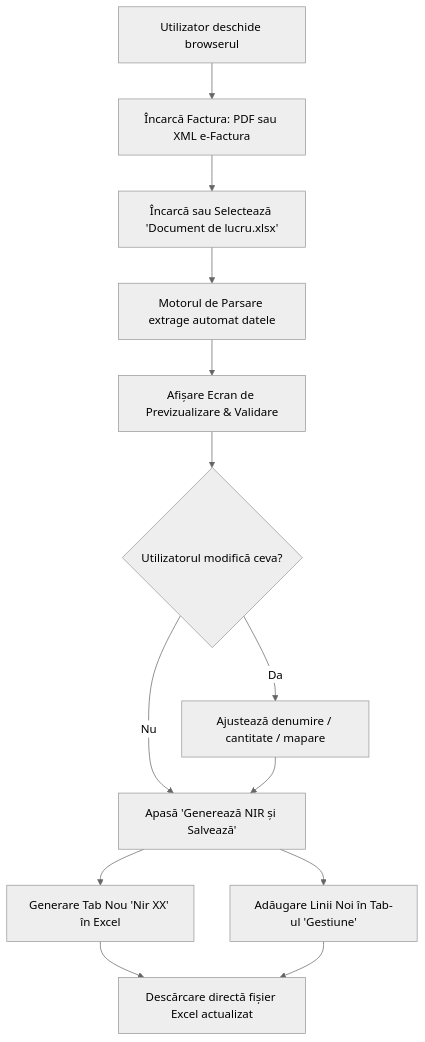
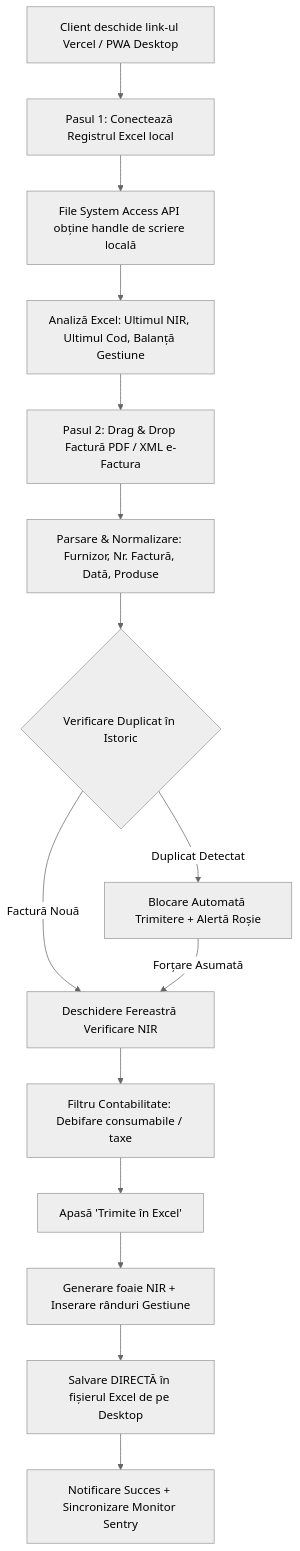
Before and after one commit to scaevola1981/bocas_nir_aplication: the diagram in SPECIFICATII_PROIECT.md, drawn with Mermaid (neutral theme). The commit also changed other lines of this file and 2 other files, not shown here.

````diff
--- a/SPECIFICATII_PROIECT.md
+++ b/SPECIFICATII_PROIECT.md
@@ -72,14 +28,17 @@
 ```mermaid
 flowchart TD
-    A[Utilizator deschide browserul] --> B[Încarcă Factura: PDF sau XML e-Factura]
-    B --> C[Încarcă sau Selectează 'Document de lucru.xlsx']
-    C --> D[Motorul de Parsare extrage automat datele]
-    D --> E[Afișare Ecran de Previzualizare & Validare]
-    E --> F{Utilizatorul modifică ceva?}
-    F -- Da --> G[Ajustează denumire / cantitate / mapare]
-    F -- Nu --> H[Apasă 'Generează NIR și Salvează']
-    G --> H
-    H --> I[Generare Tab Nou 'Nir XX' în Excel]
-    H --> J[Adăugare Linii Noi în Tab-ul 'Gestiune']
-    I & J --> K[Descărcare directă fișier Excel actualizat]
+    A[Client deschide link-ul Vercel / PWA Desktop] --> B[Pasul 1: Conectează Registrul Excel local]
+    B --> C[File System Access API obține handle de scriere locală]
+    C --> D[Analiză Excel: Ultimul NIR, Ultimul Cod, Balanță Gestiune]
+    D --> E[Pasul 2: Drag & Drop Factură PDF / XML e-Factura]
+    E --> F[Parsare & Normalizare: Furnizor, Nr. Factură, Dată, Produse]
+    F --> G{Verificare Duplicat în Istoric}
+    G -- Duplicat Detectat --> H[Blocare Automată Trimitere + Alertă Roșie]
+    G -- Factură Nouă --> I[Deschidere Fereastră Verificare NIR]
+    H -- Forțare Asumată --> I
+    I --> J[Filtru Contabilitate: Debifare consumabile / taxe]
+    J --> K[Apasă 'Trimite în Excel']
+    K --> L[Generare foaie NIR + Inserare rânduri Gestiune]
+    L --> M[Salvare DIRECTĂ în fișierul Excel de pe Desktop]
+    M --> N[Notificare Succes + Sincronizare Monitor Sentry]
 ```
````
